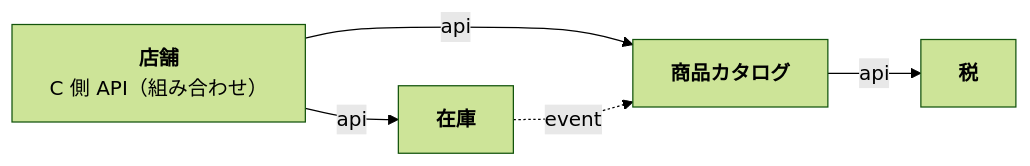
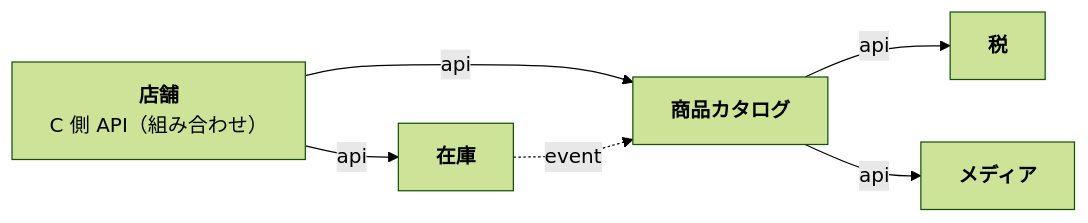
The first of 2 diagrams in docs/specs/001-catalog-and-inventory/plan.md (roger88106/ec-site), drawn with Mermaid (forest theme) before and after one commit. The commit also changed other lines of this file and 5 other files, not shown here.

````diff
--- a/docs/specs/001-catalog-and-inventory/plan.md
+++ b/docs/specs/001-catalog-and-inventory/plan.md
@@ -18,12 +19,14 @@
 ```mermaid
 flowchart LR
     storefront["<b>店舗</b><br/>C 側 API（組み合わせ）"]
     catalog["<b>商品カタログ</b>"]
     inventory["<b>在庫</b>"]
     tax["<b>税</b>"]
+    media["<b>メディア</b>"]
 
     storefront -- "api" --> catalog
     storefront -- "api" --> inventory
     catalog -- "api" --> tax
+    catalog -- "api" --> media
     inventory -. "event" .-> catalog
 ```
````
